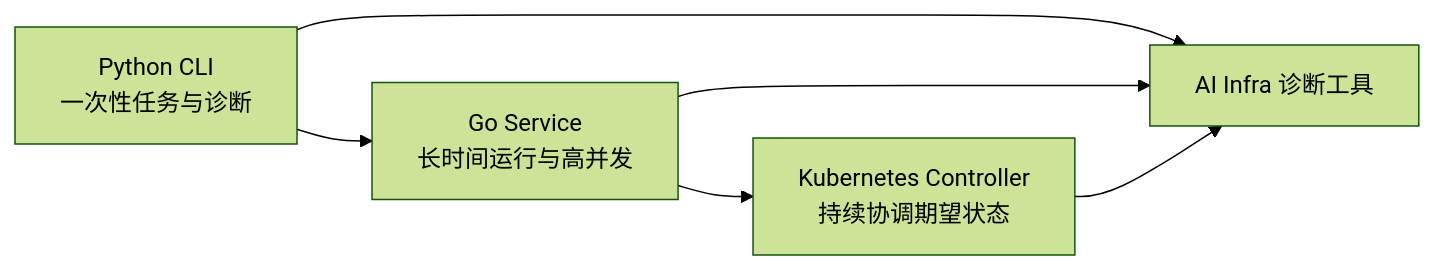
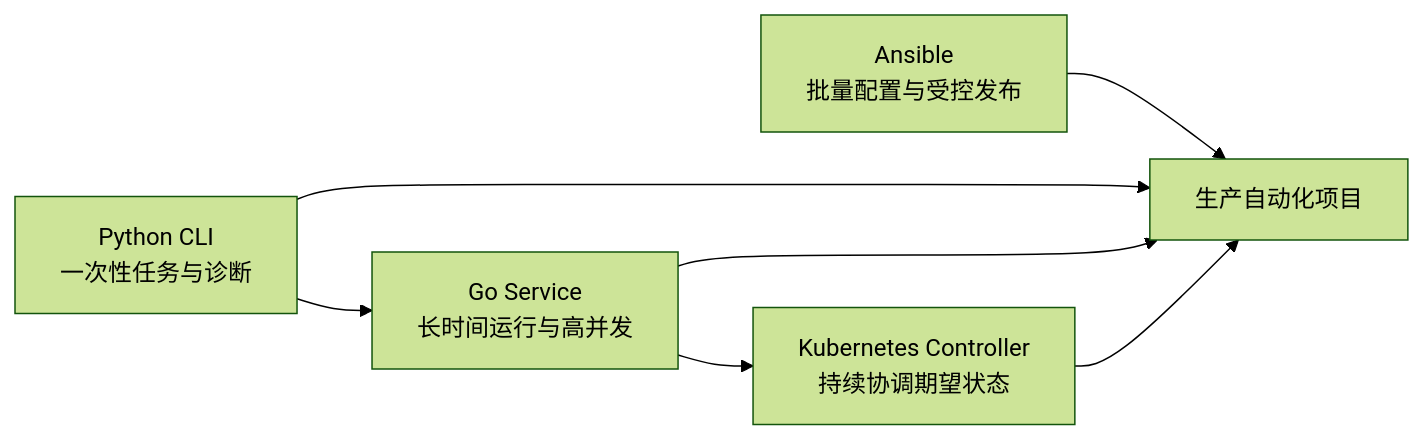
Before and after one commit to newswitch/newswitch.github.io: the diagram in docs/automation/00-自动化工程学习路线.md, drawn with Mermaid (forest theme). The commit also changed other lines of this file and 31 other files, not shown here.

````diff
--- a/docs/automation/00-自动化工程学习路线.md
+++ b/docs/automation/00-自动化工程学习路线.md
@@ -28,8 +28,9 @@
 ```mermaid
 flowchart LR
+    E["Ansible<br/>批量配置与受控发布"] --> D["生产自动化项目"]
     A["Python CLI<br/>一次性任务与诊断"] --> B["Go Service<br/>长时间运行与高并发"]
     B --> C["Kubernetes Controller<br/>持续协调期望状态"]
-    A --> D["AI Infra 诊断工具"]
+    A --> D
     B --> D
     C --> D
 ```
````
